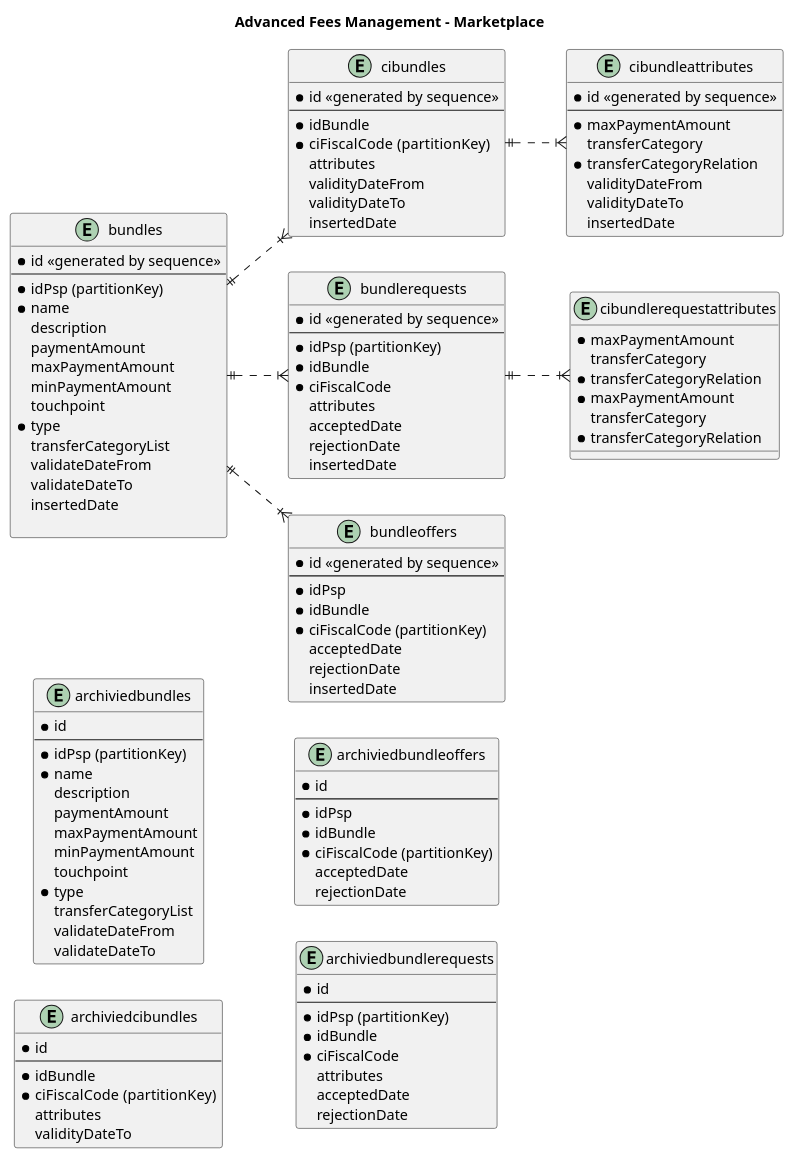
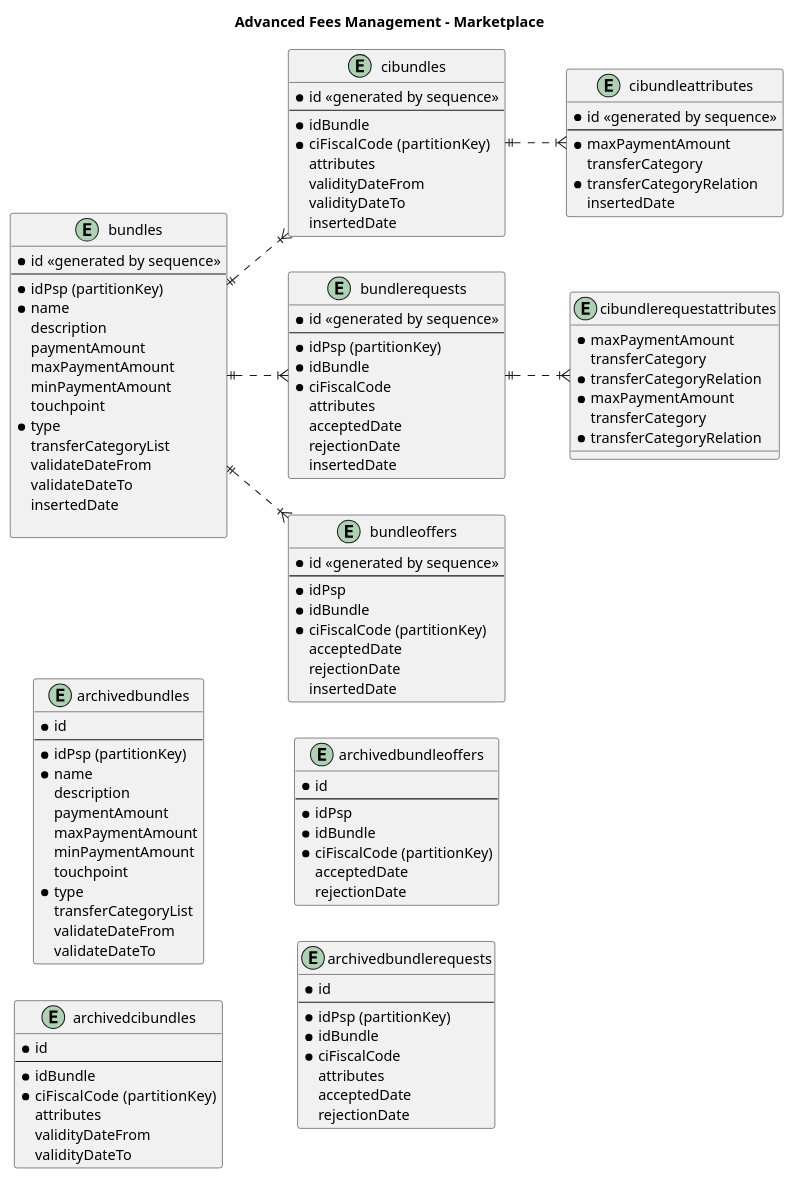
The diagram in doc/entities.puml (pagopa/pagopa-afm-marketplace-be), drawn with PlantUML before and after one commit. The commit also changed 5 other files, not shown here.

```diff
--- a/doc/entities.puml
+++ b/doc/entities.puml
@@ -1,134 +1,133 @@
 @startuml ER-debtPosition
 left to right direction
 
 title Advanced Fees Management - Marketplace
 
 
 entity bundles {
   * id <<generated by sequence>>
   --
   * idPsp (partitionKey)
   * name
   description
   paymentAmount
   maxPaymentAmount
   minPaymentAmount
   touchpoint
   * type
   transferCategoryList
   validateDateFrom
   validateDateTo
   insertedDate
 
 }
 
 entity cibundles {
   * id <<generated by sequence>>
   --
   * idBundle
   * ciFiscalCode  (partitionKey)
   attributes
   validityDateFrom
   validityDateTo
   insertedDate
 }
 
 entity cibundleattributes {
   * id <<generated by sequence>>
   --
   * maxPaymentAmount
   transferCategory
   * transferCategoryRelation
-  validityDateFrom
-  validityDateTo
   insertedDate
 }
 
 entity bundlerequests {
   * id <<generated by sequence>>
   --
   * idPsp (partitionKey)
   * idBundle
   * ciFiscalCode
   attributes
   acceptedDate
   rejectionDate
   insertedDate
 }
 
 entity cibundlerequestattributes {
   * maxPaymentAmount
   transferCategory
   * transferCategoryRelation
 }
 
 entity bundleoffers {
   * id <<generated by sequence>>
   --
   * idPsp
   * idBundle
   * ciFiscalCode (partitionKey)
   acceptedDate
   rejectionDate
   insertedDate
 }
 
-entity archiviedbundles {
+entity archivedbundles {
   * id
   --
   * idPsp (partitionKey)
   * name
   description
   paymentAmount
   maxPaymentAmount
   minPaymentAmount
   touchpoint
   * type
   transferCategoryList
   validateDateFrom
   validateDateTo
 }
 
-entity archiviedcibundles {
+entity archivedcibundles {
   * id
   --
   * idBundle
   * ciFiscalCode  (partitionKey)
   attributes
+  validityDateFrom
   validityDateTo
 }
 
 entity cibundlerequestattributes {
   * maxPaymentAmount
   transferCategory
   * transferCategoryRelation
 }
 
-entity archiviedbundleoffers {
+entity archivedbundleoffers {
   * id
   --
   * idPsp
   * idBundle
   * ciFiscalCode (partitionKey)
   acceptedDate
   rejectionDate
 }
 
-entity archiviedbundlerequests {
+entity archivedbundlerequests {
   * id
   --
   * idPsp (partitionKey)
   * idBundle
   * ciFiscalCode
   attributes
   acceptedDate
   rejectionDate
 }
 
 bundles ||..|{ cibundles
 cibundles ||..|{ cibundleattributes
 bundles ||..|{ bundlerequests
 bundlerequests ||..|{ cibundlerequestattributes
 bundles ||..|{ bundleoffers
 
 @enduml
```
